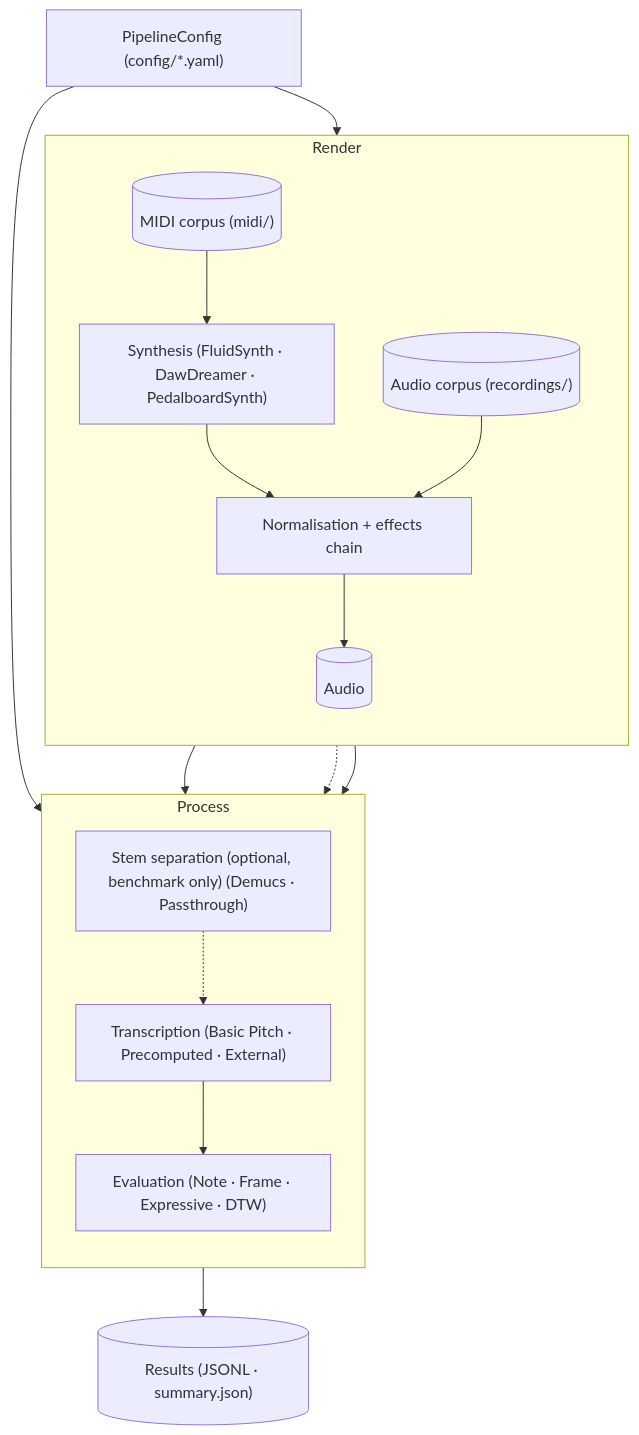
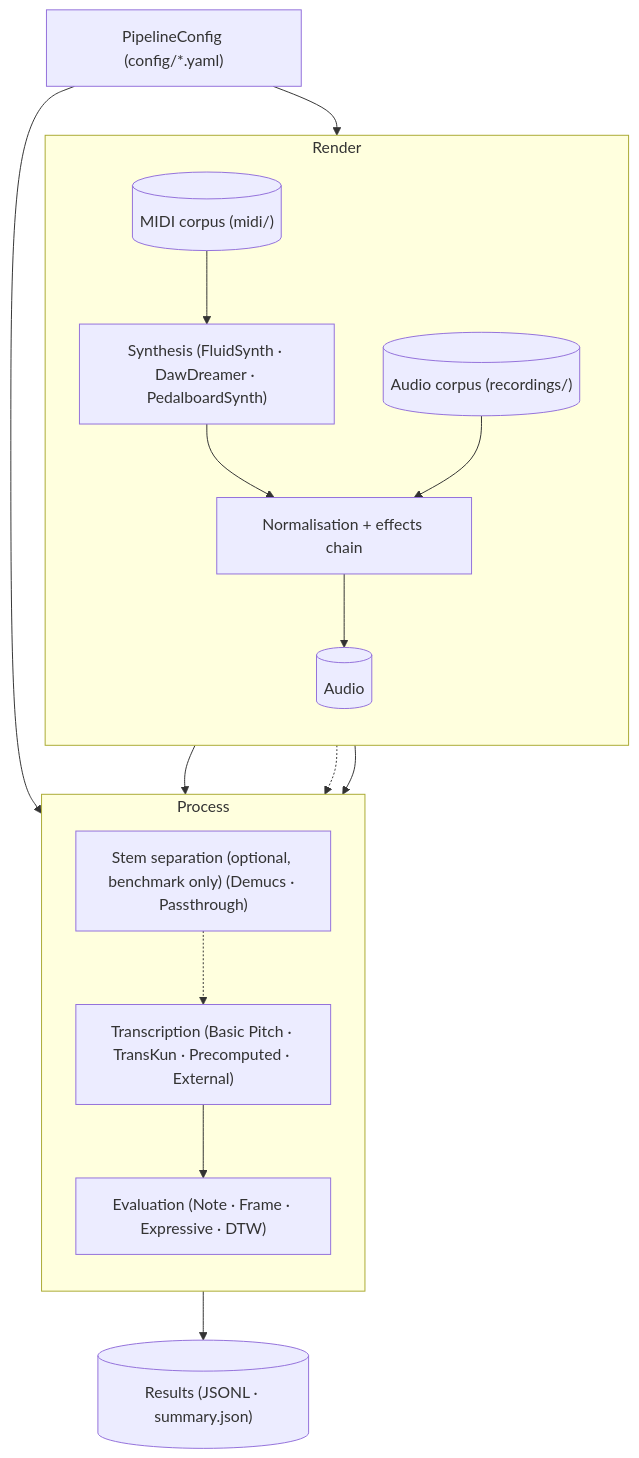
The first of 10 diagrams in ARCHITECTURE.md (dadmaan/sonitra), drawn with Mermaid before and after one commit. The commit also changed other lines of this file and 7 other files, not shown here.

````diff
--- a/ARCHITECTURE.md
+++ b/ARCHITECTURE.md
@@ -5,32 +5,32 @@
 ```mermaid
 flowchart TB
     cfg["PipelineConfig (config/*.yaml)"]
 
     subgraph render["Render"]
         direction TB
         midi[("MIDI corpus (midi/)")]
         recordings[("Audio corpus (recordings/)")]
         synth["Synthesis (FluidSynth · DawDreamer · PedalboardSynth)"]
         fx["Normalisation + effects chain"]
         audio[("Audio")]
         midi --> synth --> fx --> audio
         recordings --> fx
     end
 
     subgraph process["Process"]
         direction TB
         sep["Stem separation (optional, benchmark only) (Demucs · Passthrough)"]
-        tx["Transcription (Basic Pitch · Precomputed · External)"]
+        tx["Transcription (Basic Pitch · TransKun · Precomputed · External)"]
         eval["Evaluation (Note · Frame · Expressive · DTW)"]
         audio --> tx
         audio -.-> sep -.-> tx
         tx --> eval
     end
 
     results[("Results (JSONL · summary.json)")]
 
     cfg --> render
     cfg --> process
     midi --> eval
     eval --> results
 ```
````
